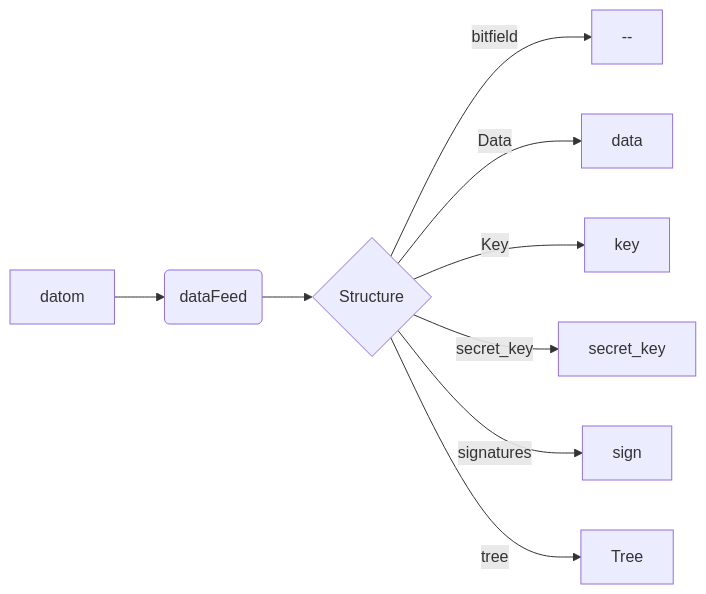
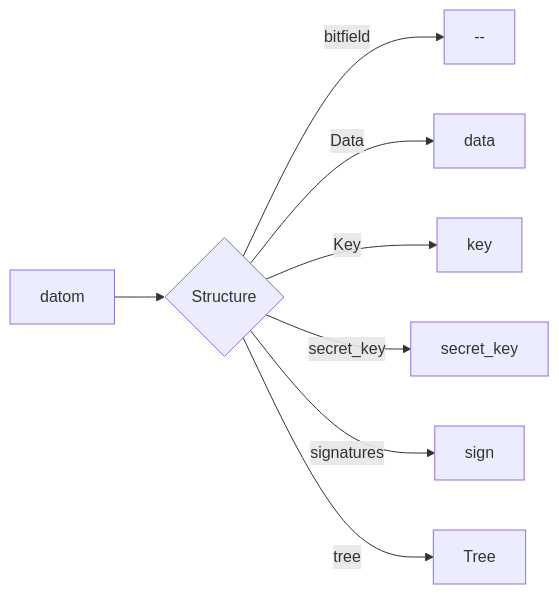
The diagram in Charter-02.md (peopledata/yellowbook), drawn with Mermaid before and after one commit. The commit also changed other lines of this file, not shown here.

````diff
--- a/Charter-02.md
+++ b/Charter-02.md
@@ -22,11 +22,10 @@
 ```mermaid
 graph LR
-A[datom] --> B(dataFeed)
-		B --> C{Structure}
+A[datom] --> C{Structure}
     C --> |bitfield| D[--]
     C --> |Data| E[data]
     C --> |Key| F[key]
     C --> |secret_key| G[secret_key]
     C --> |signatures| J[sign]
     C --> |tree| K[Tree]
 ```
````
